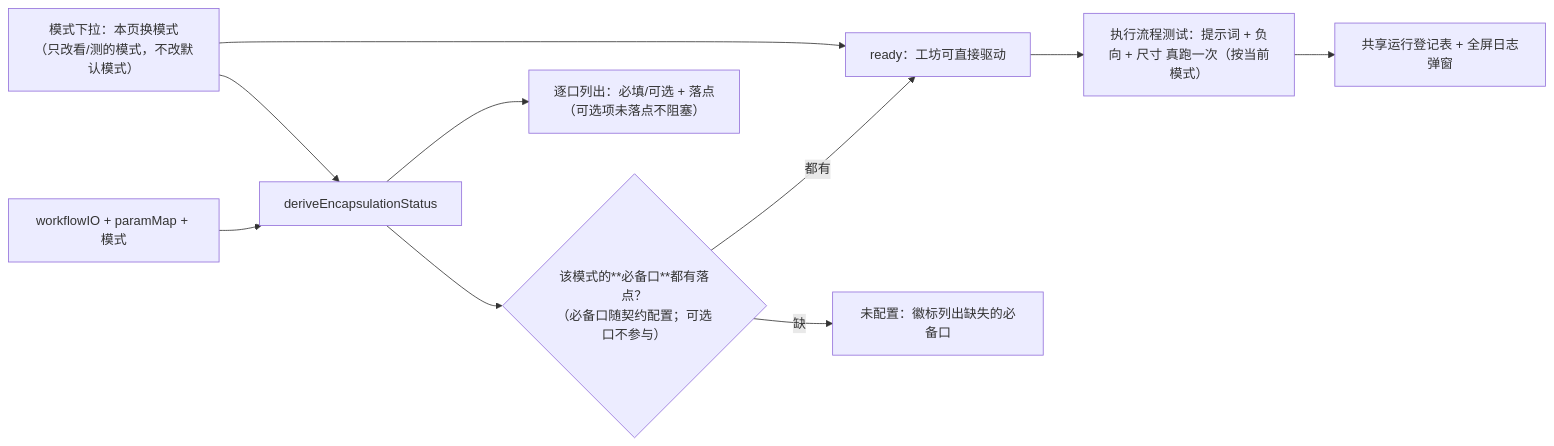
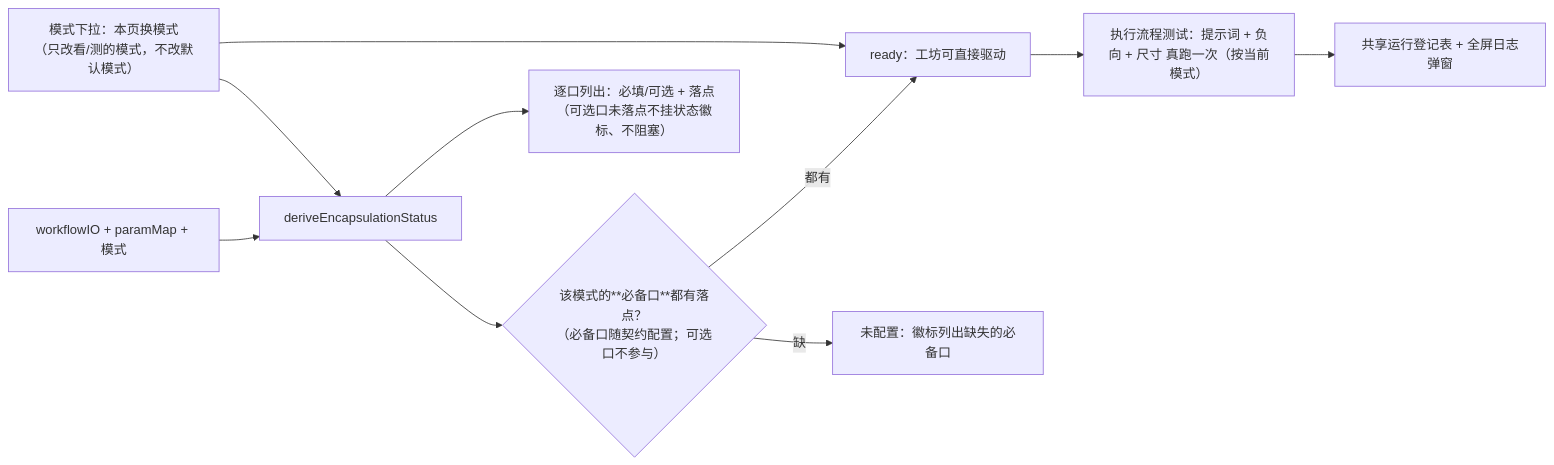
The sixth of 8 diagrams in docs/guides/feature-workflow-library-flow.md (wuxianyuedu/comfy-app), drawn with Mermaid before and after one commit. The commit also changed other lines of this file and 22 other files, not shown here.

````diff
--- a/docs/guides/feature-workflow-library-flow.md
+++ b/docs/guides/feature-workflow-library-flow.md
@@ -188,12 +188,12 @@
 ```mermaid
 flowchart LR
   IO["workflowIO + paramMap + 模式"] --> STATUS["deriveEncapsulationStatus"]
   STATUS --> READY{"该模式的**必备口**都有落点？<br/>（必备口随契约配置；可选口不参与）"}
   READY -->|都有| OK["ready：工坊可直接驱动"]
   READY -->|缺| NO["未配置：徽标列出缺失的必备口"]
-  STATUS --> LIST["逐口列出：必填/可选 + 落点（可选项未落点不阻塞）"]
+  STATUS --> LIST["逐口列出：必填/可选 + 落点<br/>（可选口未落点不挂状态徽标、不阻塞）"]
   MODE["模式下拉：本页换模式<br/>（只改看/测的模式，不改默认模式）"] --> STATUS
   MODE --> OK
   OK --> TEST["执行流程测试：提示词 + 负向 + 尺寸 真跑一次（按当前模式）"]
   TEST --> SHARED["共享运行登记表 + 全屏日志弹窗"]
 ```
````
